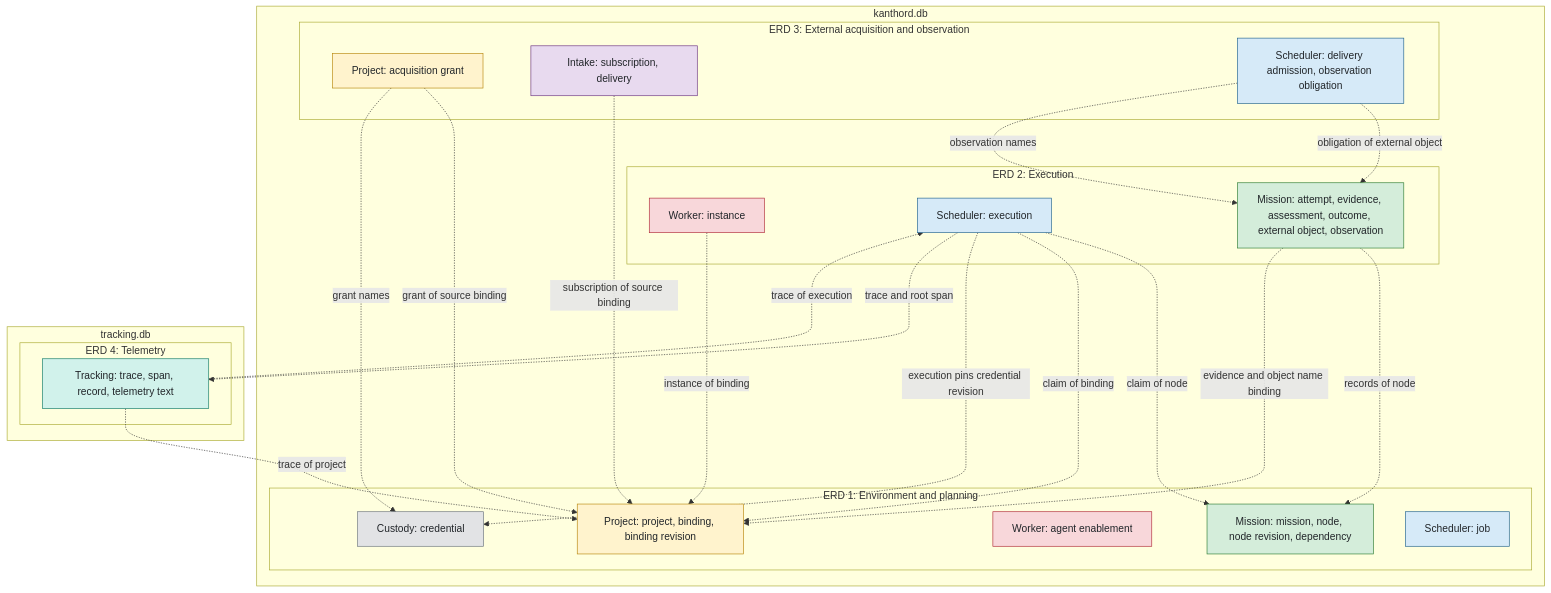
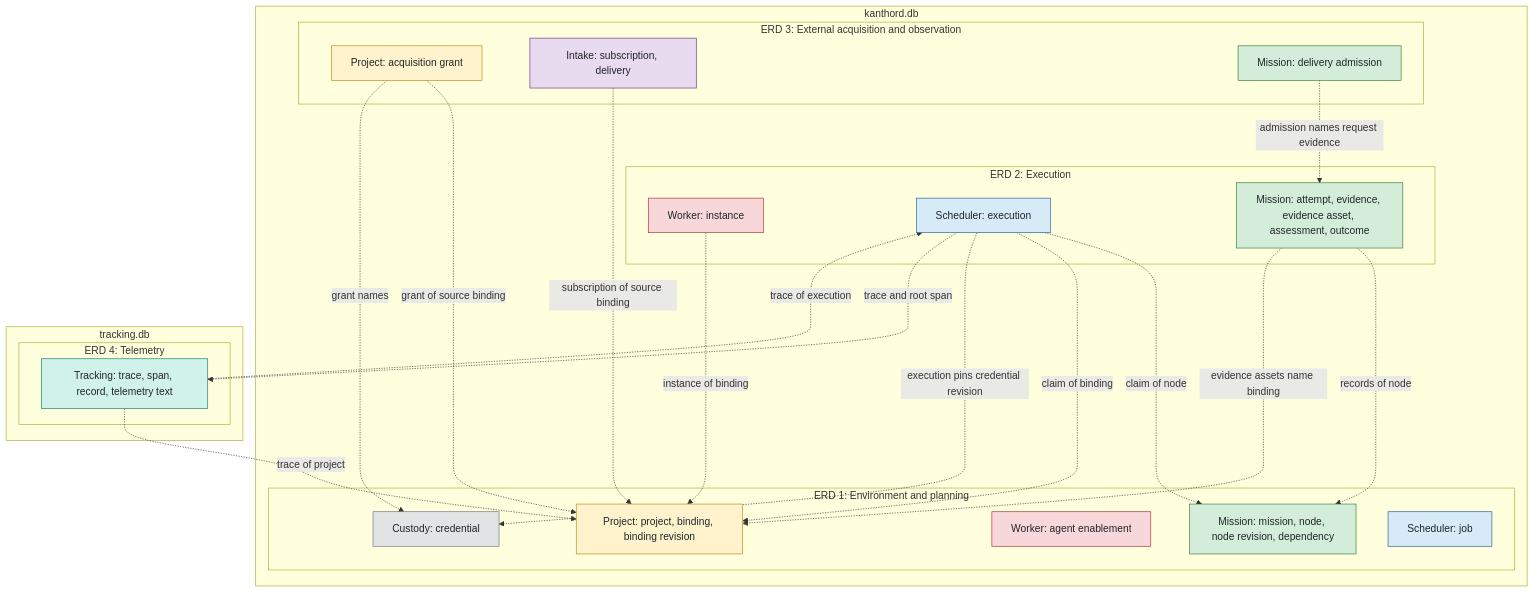
Before and after one commit to kanthorlabs/kanthord: the diagram in docs/reference/erd/README.md, drawn with Mermaid. The commit also changed other lines of this file and 2 other files, not shown here.

Commit message:
docs(erd): replace the external object and the observation with evidence assets and move delivery admission to the Mission Service

````diff
--- a/docs/reference/erd/README.md
+++ b/docs/reference/erd/README.md
@@ -32,60 +32,59 @@
 ```mermaid
 flowchart TB
     subgraph db1["kanthord.db"]
         subgraph v1["ERD 1: Environment and planning"]
             c1["Custody: credential"]
             p1["Project: project, binding, binding revision"]
             w1["Worker: agent enablement"]
             m1["Mission: mission, node, node revision, dependency"]
             s1["Scheduler: job"]
         end
         subgraph v2["ERD 2: Execution"]
             w2["Worker: instance"]
             s2["Scheduler: execution"]
-            m2["Mission: attempt, evidence, assessment, outcome, external object, observation"]
+            m2["Mission: attempt, evidence, evidence asset, assessment, outcome"]
         end
         subgraph v3["ERD 3: External acquisition and observation"]
             p3["Project: acquisition grant"]
             i3["Intake: subscription, delivery"]
-            s3["Scheduler: delivery admission, observation obligation"]
+            m3["Mission: delivery admission"]
         end
     end
     subgraph db2["tracking.db"]
         subgraph v4["ERD 4: Telemetry"]
             t4["Tracking: trace, span, record, telemetry text"]
         end
     end
 
     w2 -.->|instance of binding| p1
     s2 -.->|claim of node| m1
     s2 -.->|claim of binding| p1
     s2 -.->|execution pins credential revision| c1
     m2 -.->|records of node| m1
-    m2 -.->|evidence and object name binding| p1
+    m2 -.->|evidence assets name binding| p1
 
     p3 -.->|grant of source binding| p1
     p3 -.->|grant names| c1
     i3 -.->|subscription of source binding| p1
-    s3 -.->|obligation of external object| m2
-    s3 -.->|observation names| m2
+    m3 -.->|admission names request evidence| m2
 
     t4 -.->|trace of execution| s2
     s2 -.->|trace and root span| t4
     t4 -.->|trace of project| p1
 
     classDef custody fill:#e2e3e5,stroke:#6c757d,color:#212529
     classDef project fill:#fff3cd,stroke:#b8860b,color:#212529
     classDef worker fill:#f8d7da,stroke:#b02a37,color:#212529
     classDef mission fill:#d4edda,stroke:#2e7d32,color:#212529
     classDef scheduler fill:#d6eaf8,stroke:#1f618d,color:#212529
     classDef intake fill:#e8daef,stroke:#6c3483,color:#212529
     classDef tracking fill:#d1f2eb,stroke:#117a65,color:#212529
 
     class c1 custody
     class p1,p3 project
     class w1,w2 worker
-    class m1,m2 mission
-    class s1,s2,s3 scheduler
+    class m1,m2,m3 mission
+    class s1,s2 scheduler
     class i3 intake
     class t4 tracking
 ```
````
